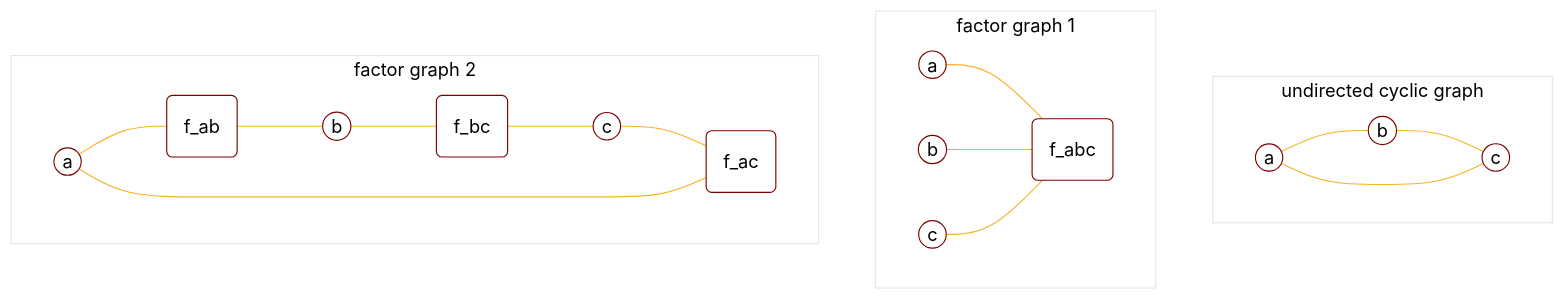
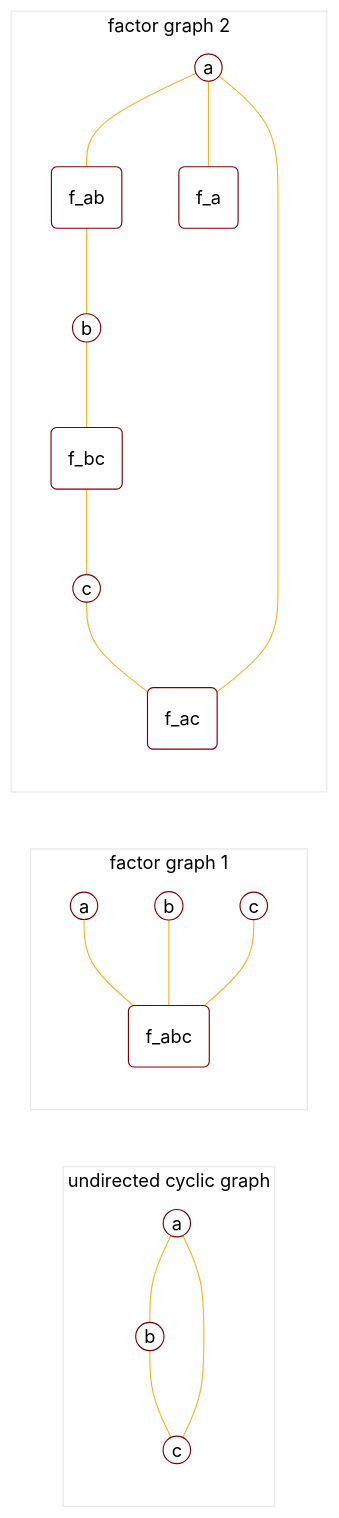
One commit to tirmisula/tirmisula.github.io changed diagram 12 of 20 in content/posts/probabilistic-graphical-model.md. Above: the diagram before and after it, drawn with Mermaid. The commit also changed other lines of this file, not shown here.

````diff
--- a/content/posts/probabilistic-graphical-model.md
+++ b/content/posts/probabilistic-graphical-model.md
@@ -1052,36 +1054,37 @@
 ```mermaid
 %%{
   init: {
     'theme': 'base',
     "htmlLabels": true,
     "securityLevel": "loose",
     'themeVariables': {
       'primaryColor': 'white',
       'primaryTextColor': '#000',
       'primaryBorderColor': '#7C0200',
       'lineColor': '#F8B229',
       'secondaryColor': 'grey',
       'tertiaryColor': '#fff'
     }
   }
 }%%
-flowchart TB
+flowchart LR
     subgraph undirected cyclic graph
       id1(("a")) --- id2((b))
       id2(("b")) --- id3((c))
       id3(("c")) --- id1((a))
     end
     subgraph factor graph 1
       id4(("a")) --- id7(f_abc)
       id5(("b")) --- id7(f_abc)
       id6(("c")) --- id7(f_abc)
     end
     subgraph factor graph 2
       id8(("a")) --- id9(f_ab)
       id9(f_ab) --- id10((b))
       id10((b)) --- id11(f_bc)
       id11(f_bc) --- id12((c))
       id12((c)) --- id13(f_ac)
       id13(f_ac) --- id8((a))
+      id8(("a")) --- id14(f_a)
     end
 ```
````
